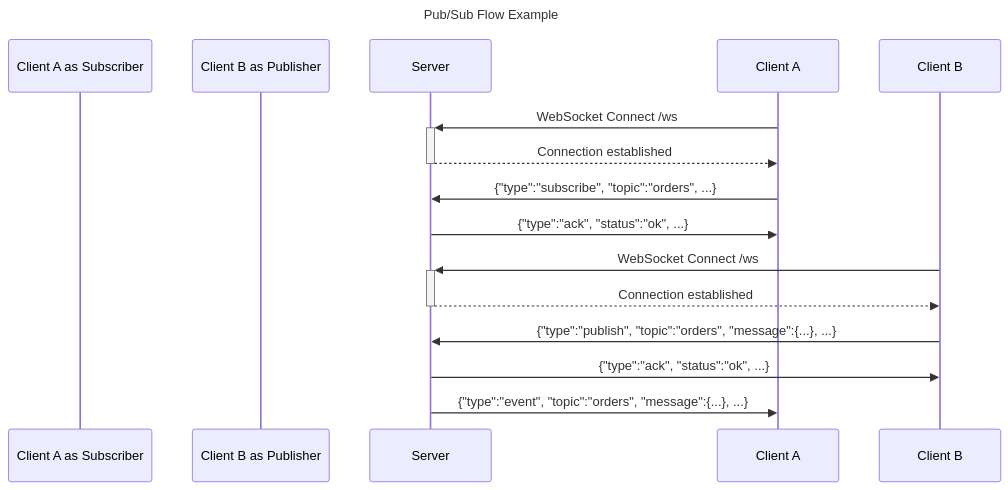
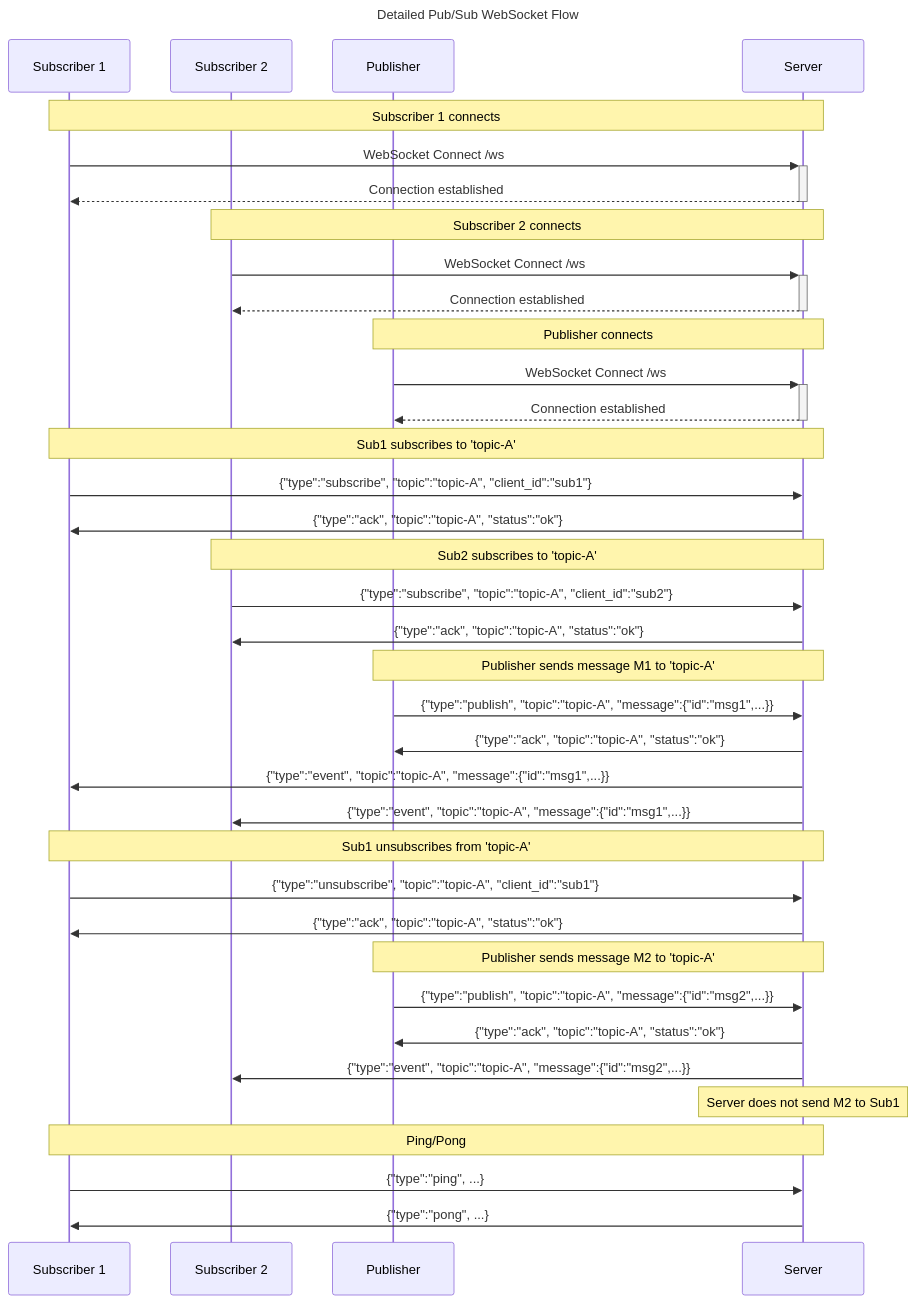
One commit to Unbelievable9009/in-memory-Pub-Sub-system changed the diagram in README.md. Above: the diagram before and after it, drawn with Mermaid. The commit also changed other lines of this file, not shown here.

````diff
--- a/README.md
+++ b/README.md
@@ -208,18 +208,49 @@
 ```mermaid
 sequenceDiagram
-    title Pub/Sub Flow Example
-    participant Client A as Subscriber
-    participant Client B as Publisher
+    title Detailed Pub/Sub WebSocket Flow
+
+    participant Sub1 as Subscriber 1
+    participant Sub2 as Subscriber 2
+    participant Pub as Publisher
     participant Server
 
-    Client A->>+Server: WebSocket Connect /ws
-    Server-->>-Client A: Connection established
-    Client A->>Server: {"type":"subscribe", "topic":"orders", ...}
-    Server->>Client A: {"type":"ack", "status":"ok", ...}
+    Note over Sub1,Server: Subscriber 1 connects
+    Sub1->>+Server: WebSocket Connect /ws
+    Server-->>-Sub1: Connection established
 
-    Client B->>+Server: WebSocket Connect /ws
-    Server-->>-Client B: Connection established
-    Client B->>Server: {"type":"publish", "topic":"orders", "message":{...}, ...}
-    Server->>Client B: {"type":"ack", "status":"ok", ...}
-    Server->>Client A: {"type":"event", "topic":"orders", "message":{...}, ...}
+    Note over Sub2,Server: Subscriber 2 connects
+    Sub2->>+Server: WebSocket Connect /ws
+    Server-->>-Sub2: Connection established
+
+    Note over Pub,Server: Publisher connects
+    Pub->>+Server: WebSocket Connect /ws
+    Server-->>-Pub: Connection established
+
+    Note over Sub1,Server: Sub1 subscribes to 'topic-A'
+    Sub1->>Server: {"type":"subscribe", "topic":"topic-A", "client_id":"sub1"}
+    Server->>Sub1: {"type":"ack", "topic":"topic-A", "status":"ok"}
+
+    Note over Sub2,Server: Sub2 subscribes to 'topic-A'
+    Sub2->>Server: {"type":"subscribe", "topic":"topic-A", "client_id":"sub2"}
+    Server->>Sub2: {"type":"ack", "topic":"topic-A", "status":"ok"}
+
+    Note over Pub,Server: Publisher sends message M1 to 'topic-A'
+    Pub->>Server: {"type":"publish", "topic":"topic-A", "message":{"id":"msg1",...}}
+    Server->>Pub: {"type":"ack", "topic":"topic-A", "status":"ok"}
+    Server->>Sub1: {"type":"event", "topic":"topic-A", "message":{"id":"msg1",...}}
+    Server->>Sub2: {"type":"event", "topic":"topic-A", "message":{"id":"msg1",...}}
+
+    Note over Sub1,Server: Sub1 unsubscribes from 'topic-A'
+    Sub1->>Server: {"type":"unsubscribe", "topic":"topic-A", "client_id":"sub1"}
+    Server->>Sub1: {"type":"ack", "topic":"topic-A", "status":"ok"}
+
+    Note over Pub,Server: Publisher sends message M2 to 'topic-A'
+    Pub->>Server: {"type":"publish", "topic":"topic-A", "message":{"id":"msg2",...}}
+    Server->>Pub: {"type":"ack", "topic":"topic-A", "status":"ok"}
+    Server->>Sub2: {"type":"event", "topic":"topic-A", "message":{"id":"msg2",...}}
+    Note over Server: Server does not send M2 to Sub1
+
+    Note over Sub1,Server: Ping/Pong
+    Sub1->>Server: {"type":"ping", ...}
+    Server->>Sub1: {"type":"pong", ...}
 ```
````
